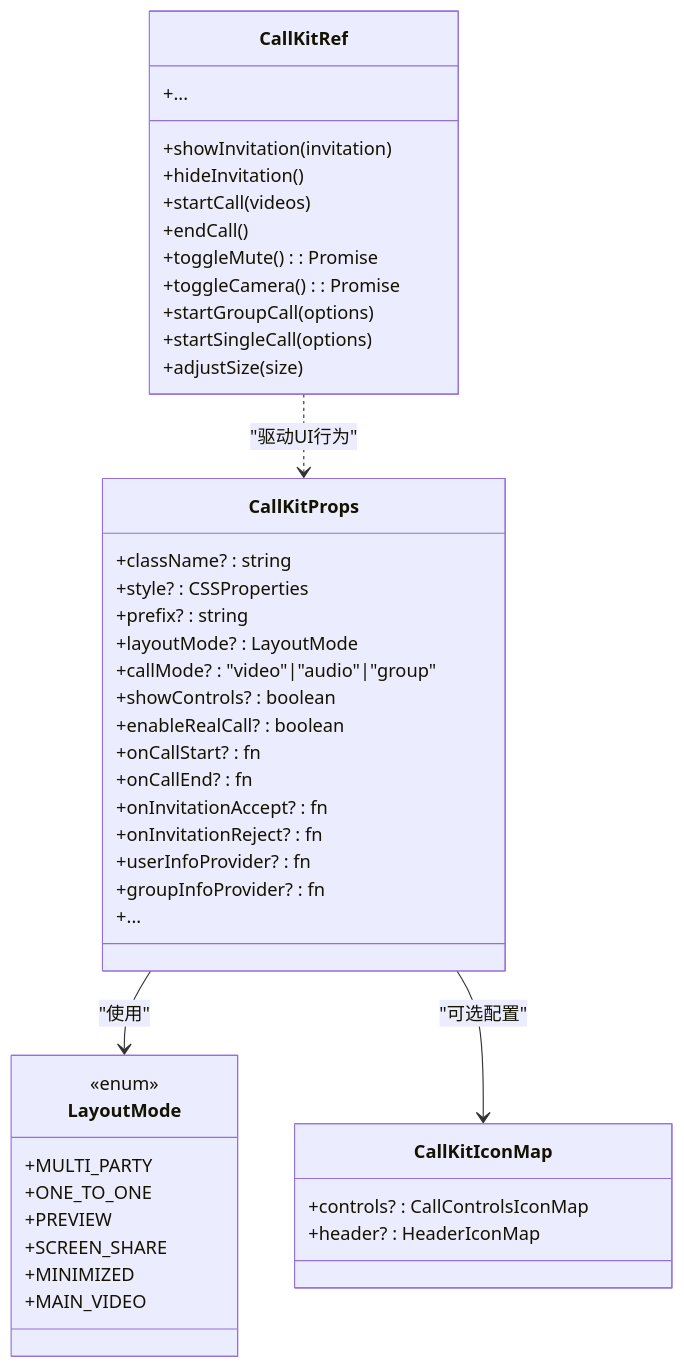
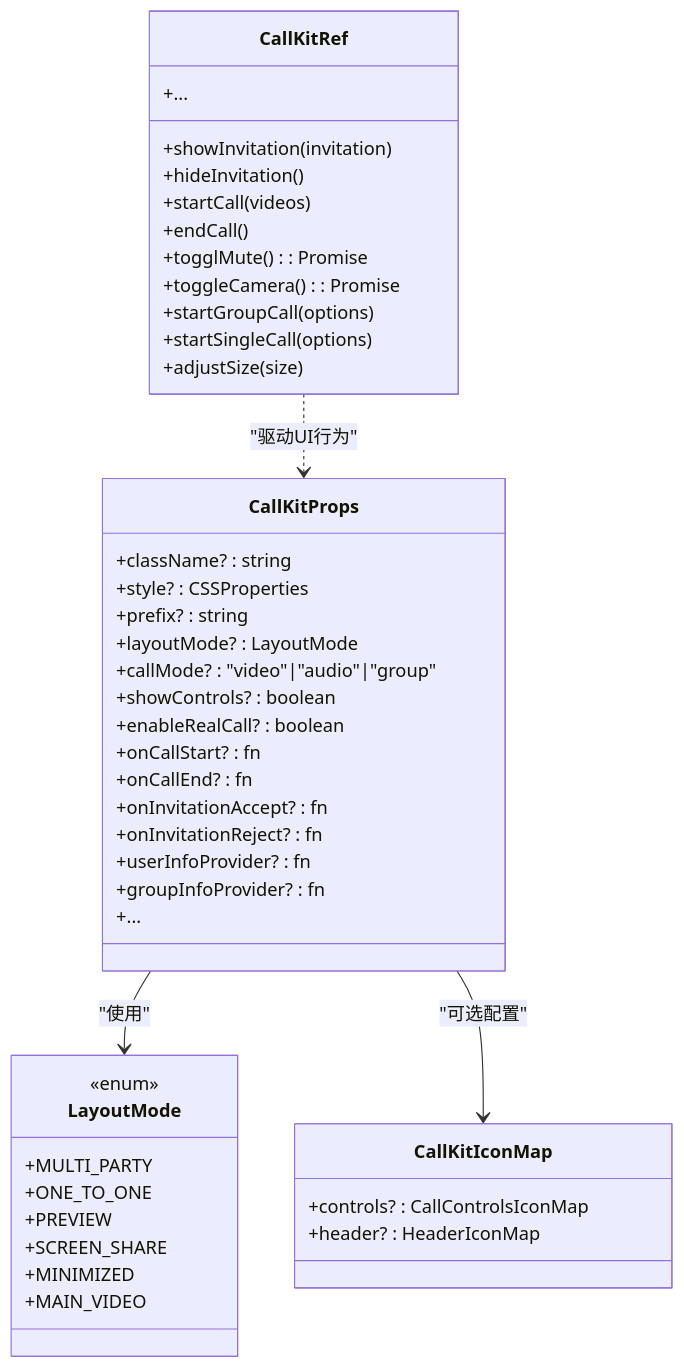
Before and after one commit to Easemob-Community/easemob-uikit-callkit-vue3: the third of 10 diagrams in .qoder/repowiki/zh/content/类型定义.md, drawn with Mermaid. The commit also changed other lines of this file and 6 other files, not shown here.

````diff
--- a/.qoder/repowiki/zh/content/类型定义.md
+++ b/.qoder/repowiki/zh/content/类型定义.md
@@ -196,47 +202,47 @@
 ```mermaid
 classDiagram
 class CallKitProps {
 +className? : string
 +style? : CSSProperties
 +prefix? : string
 +layoutMode? : LayoutMode
 +callMode? : "video"|"audio"|"group"
 +showControls? : boolean
 +enableRealCall? : boolean
 +onCallStart? : fn
 +onCallEnd? : fn
 +onInvitationAccept? : fn
 +onInvitationReject? : fn
 +userInfoProvider? : fn
 +groupInfoProvider? : fn
 +...
 }
 class CallKitRef {
 +showInvitation(invitation)
 +hideInvitation()
 +startCall(videos)
 +endCall()
-+toggleMute() : Promise<boolean>
++togglMute() : Promise<boolean>
 +toggleCamera() : Promise<boolean>
 +startGroupCall(options)
 +startSingleCall(options)
 +adjustSize(size)
 +...
 }
 class LayoutMode {
 <<enum>>
 +MULTI_PARTY
 +ONE_TO_ONE
 +PREVIEW
 +SCREEN_SHARE
 +MINIMIZED
 +MAIN_VIDEO
 }
 class CallKitIconMap {
 +controls? : CallControlsIconMap
 +header? : HeaderIconMap
 }
 CallKitProps --> LayoutMode : "使用"
 CallKitProps --> CallKitIconMap : "可选配置"
 CallKitRef ..> CallKitProps : "驱动UI行为"
 ```
````
